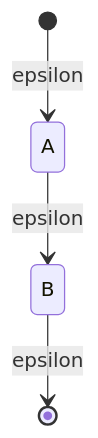
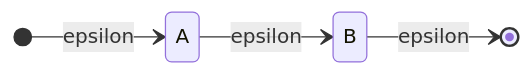
One commit to li6in9muyou/li6in9muyou.github.io changed the second of 3 diagrams in _posts/2022-10-17-write-an-interpreter-in-go.md. Above: the diagram before and after it, drawn with Mermaid. The commit also changed other lines of this file, not shown here.

Commit message:
draw state diagrams left to right

````diff
--- a/_posts/2022-10-17-write-an-interpreter-in-go.md
+++ b/_posts/2022-10-17-write-an-interpreter-in-go.md
@@ -73,6 +74,7 @@
 ```mermaid
 stateDiagram
+direction LR
 [*]-->A: epsilon
 A-->B: epsilon
 B-->[*]: epsilon
 ```
````
